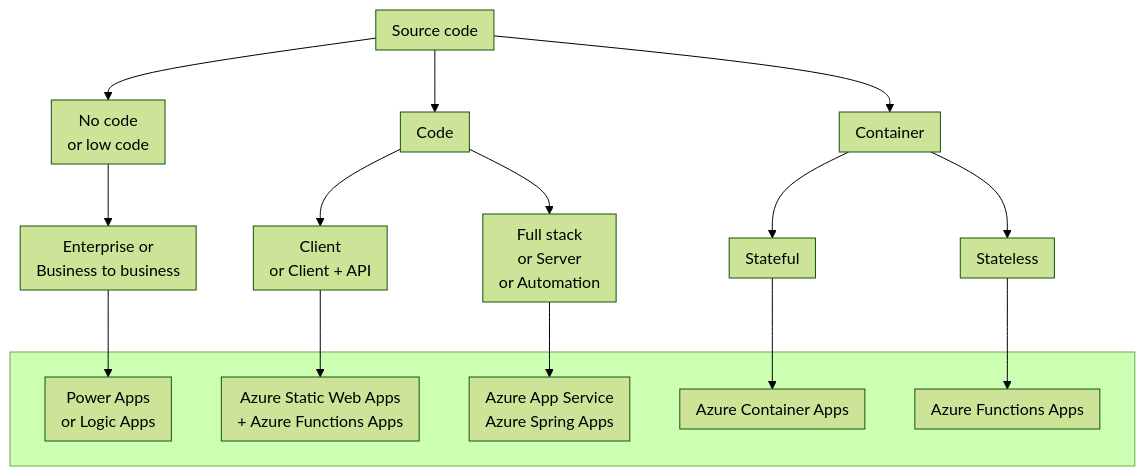
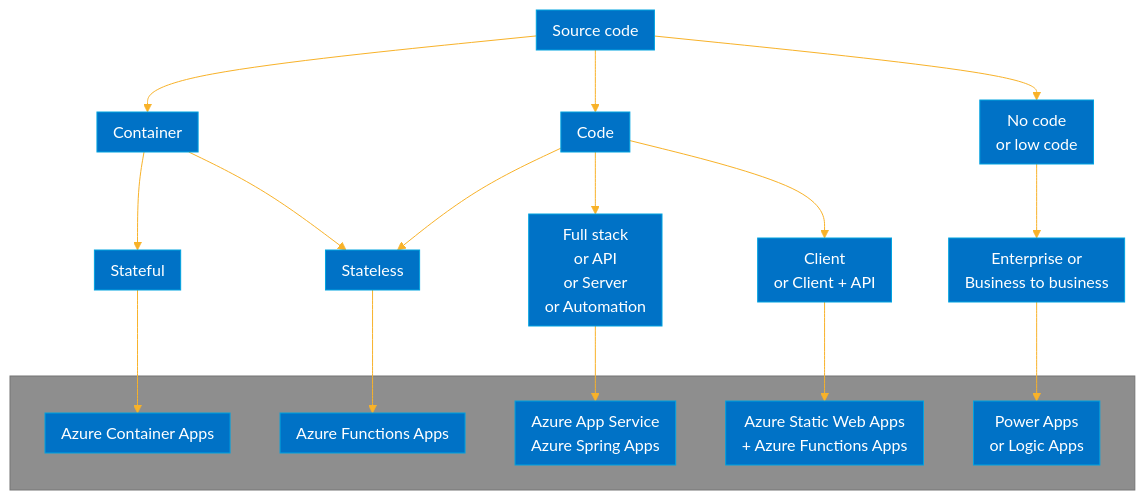
One commit to MicrosoftDocs/azure-dev-docs changed the diagram in articles/intro/mermaid/source-code-flow-chart.mermaid. Above: the diagram before and after it, drawn with Mermaid. The commit also changed other lines of this file and 4 other files, not shown here.

```diff
--- a/articles/intro/mermaid/source-code-flow-chart.mermaid
+++ b/articles/intro/mermaid/source-code-flow-chart.mermaid
@@ -1,64 +1,73 @@
 %%{
     init: {
-        'theme':'forest'
+    'theme': 'base',
+    'themeVariables': {
+      'primaryColor': '#0072C6',
+      'primaryTextColor': '#fff',
+      'primaryBorderColor': '#00A3E0',
+      'lineColor': '#F8B229',
+      'secondaryColor': '#006100',
+      'tertiaryColor': '#8E8E8E'
+    }
     }}%%
 
 
 flowchart TB
   
 
     subgraph DeveloperPath[Source code]
     end 
     subgraph  NoLowCode[No code \nor low code]
     end
     subgraph Code[Code]
     end
     subgraph Containers[Container]
     end
 
     subgraph Enterprise[Enterprise or \nBusiness to business]
     end
     subgraph Client[Client \nor Client + API]
     end
 
     subgraph Stateful[Stateful]
     end
 
     subgraph Stateless[Stateless]
     end
-    subgraph Full[Full stack\nor Server\nor Automation]
+    subgraph Full[Full stack\nor API\nor Server\nor Automation]
     end
     subgraph SuggestedService[ ]
 
-        subgraph SWA[Azure Static Web Apps \n + Azure Functions Apps]
+        subgraph PowerLogic[Power Apps \nor Logic Apps]
         end
 
-        subgraph PowerLogic[Power Apps \nor Logic Apps]
+        subgraph SWA[Azure Static Web Apps \n + Azure Functions Apps]
         end
 
         subgraph Server[Azure App Service\nAzure Spring Apps]
         end
 
+        subgraph FunctionApps[Azure Functions Apps]
+        end
+
         subgraph ContainerApps[Azure Container Apps]
         end
 
-        subgraph FunctionApps[Azure Functions Apps]
-        end
+
     end
 
 
     DeveloperPath --> NoLowCode 
     DeveloperPath --> Code 
     DeveloperPath --> Containers 
 
     NoLowCode --> Enterprise --> PowerLogic
     Code --> Client
+    Code --> Stateless
     Code --> Full
 
-
+    Client --> SWA
     Full --> Server
-
-    Client --> SWA
 
     Containers --> Stateful --> ContainerApps
     Containers --> Stateless --> FunctionApps
```
